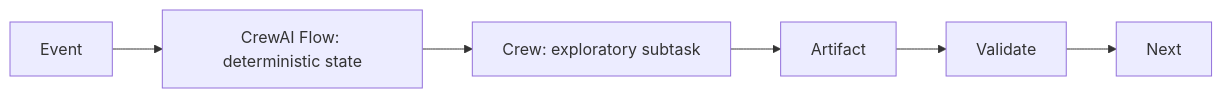
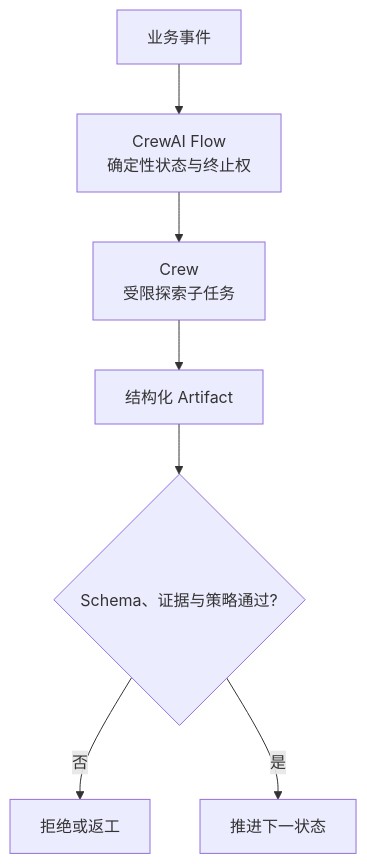
Before and after one commit to wujinjun/ai-agent-book: the fourth of 6 diagrams in docs/part-04-frameworks/ch22-multi-agent-frameworks.md, drawn with Mermaid. The commit also changed other lines of this file and 536 other files, not shown here.

````diff
--- a/docs/part-04-frameworks/ch22-multi-agent-frameworks.md
+++ b/docs/part-04-frameworks/ch22-multi-agent-frameworks.md
@@ -87,10 +92,12 @@
 ```mermaid
 %% id: crewai-flow-crew-boundary
 %% title: CrewAI Flow 与 Crew 的组合边界
 %% alt: 确定性 Flow 在受控节点调用探索型 Research Crew，并校验其 Artifact 后推进下一状态
-flowchart LR
-    Event --> Flow["CrewAI Flow: deterministic state"]
-    Flow --> ResearchCrew["Crew: exploratory subtask"]
-    ResearchCrew --> Artifact
-    Artifact --> Validate --> Next
+flowchart TB
+    Event["业务事件"] --> Flow["CrewAI Flow<br/>确定性状态与终止权"]
+    Flow --> ResearchCrew["Crew<br/>受限探索子任务"]
+    ResearchCrew --> Artifact["结构化 Artifact"]
+    Artifact --> Validate{"Schema、证据与策略通过?"}
+    Validate -->|否| Stop["拒绝或返工"]
+    Validate -->|是| Next["推进下一状态"]
 ```
````
